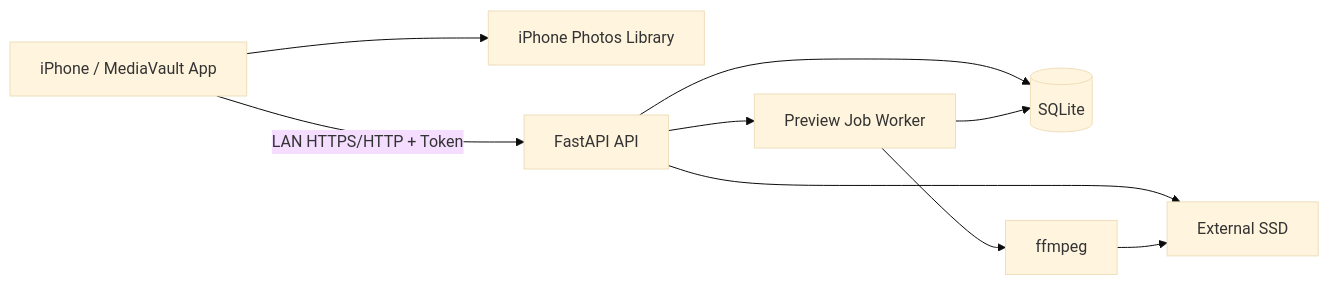
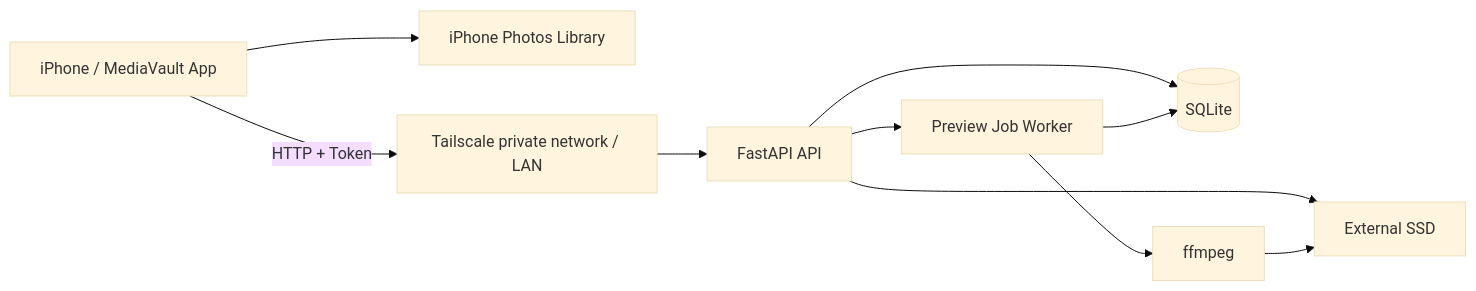
Before and after one commit to oyabu-koji/nas_mini: the diagram in docs/architecture.md, drawn with Mermaid (base theme). The commit also changed other lines of this file and 5 other files, not shown here.

Commit message:
docs: clarify tailscale private endpoint usage

````diff
--- a/docs/architecture.md
+++ b/docs/architecture.md
@@ -14,19 +16,21 @@
 ```mermaid
 graph LR
     iPhone[iPhone / MediaVault App]
     Photos[iPhone Photos Library]
+    Tailnet[Tailscale private network / LAN]
     API[FastAPI API]
     Worker[Preview Job Worker]
     DB[(SQLite)]
     SSD[External SSD]
     FFmpeg[ffmpeg]
 
     iPhone --> Photos
-    iPhone -->|LAN HTTPS/HTTP + Token| API
+    iPhone -->|HTTP + Token| Tailnet
+    Tailnet --> API
     API --> DB
     API --> SSD
     API --> Worker
     Worker --> FFmpeg
     FFmpeg --> SSD
     Worker --> DB
 ```
````
